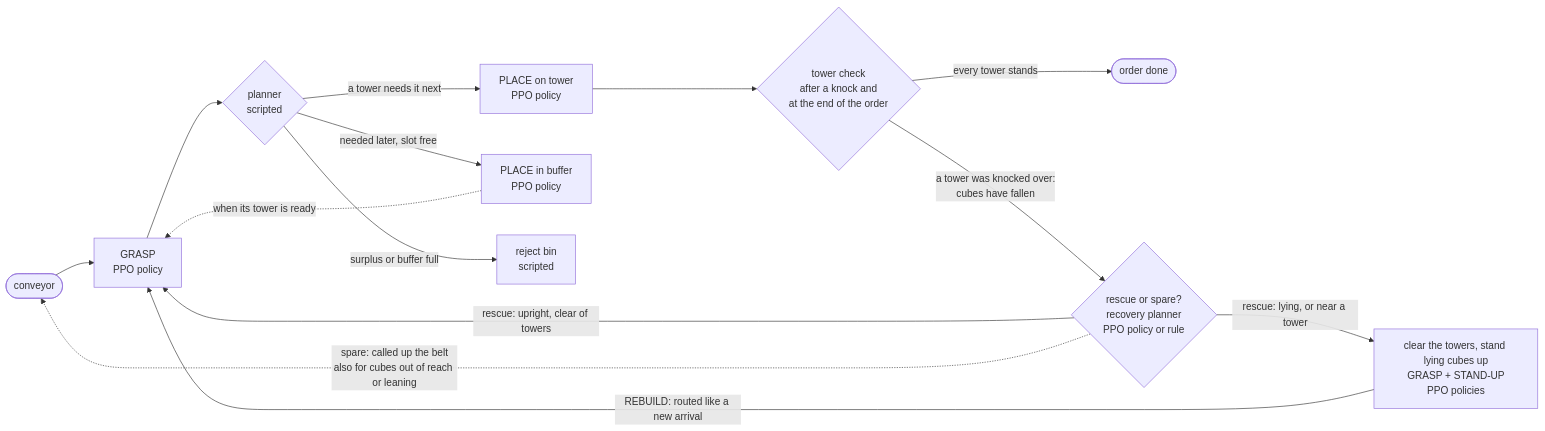
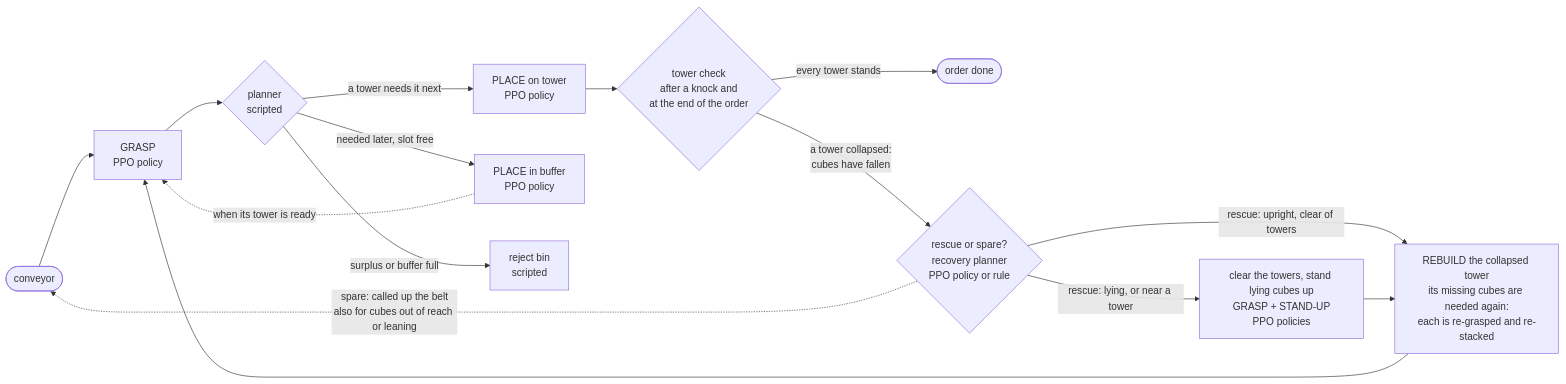
Before and after one commit to Abdullah-Muz/polypanda: the diagram in README.md, drawn with Mermaid.

Commit message:
README diagram: REBUILD the collapsed tower as its own step

````diff
--- a/README.md
+++ b/README.md
@@ -81,16 +81,17 @@
 ```mermaid
 flowchart LR
     I([conveyor]) --> G[GRASP<br/>PPO policy]
     G --> P{planner<br/>scripted}
     P -- "a tower needs it next" --> T[PLACE on tower<br/>PPO policy]
     P -- "needed later, slot free" --> B[PLACE in buffer<br/>PPO policy]
     P -- "surplus or buffer full" --> R[reject bin<br/>scripted]
     B -. "when its tower is ready" .-> G
     T --> C{tower check<br/>after a knock and<br/>at the end of the order}
     C -- "every tower stands" --> D([order done])
-    C -- "a tower was knocked over:<br/>cubes have fallen" --> Q{rescue or spare?<br/>recovery planner<br/>PPO policy or rule}
+    C -- "a tower collapsed:<br/>cubes have fallen" --> Q{rescue or spare?<br/>recovery planner<br/>PPO policy or rule}
     Q -- "rescue: lying, or near a tower" --> S[clear the towers, stand lying cubes up<br/>GRASP + STAND-UP<br/>PPO policies]
-    S -- "REBUILD: routed like a new arrival" --> G
-    Q -- "rescue: upright, clear of towers" --> G
+    Q -- "rescue: upright, clear of towers" --> RB
+    S --> RB[REBUILD the collapsed tower<br/>its missing cubes are needed again:<br/>each is re-grasped and re-stacked]
+    RB --> G
     Q -. "spare: called up the belt<br/>also for cubes out of reach or leaning" .-> I
 ```
````
